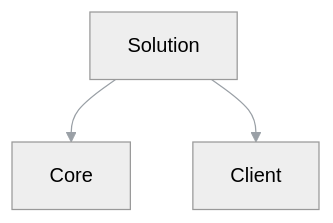
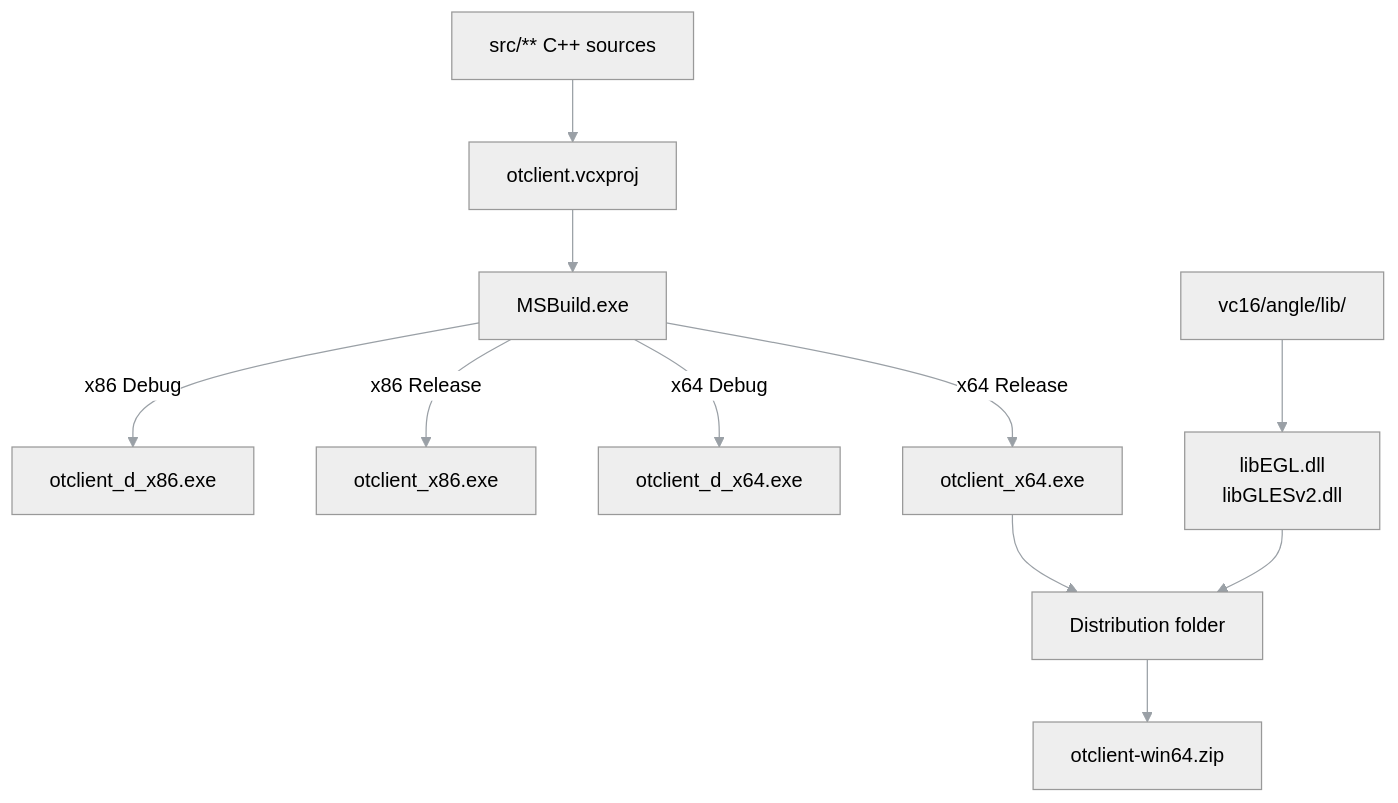
The first of 3 diagrams in docs/authoring/15_vc16/index.md (lukaszj321/otcv8-dev), drawn with Mermaid before and after one commit. The commit also changed other lines of this file and 4 other files, not shown here.

````diff
--- a/docs/authoring/15_vc16/index.md
+++ b/docs/authoring/15_vc16/index.md
@@ -37,7 +53,23 @@
 ```{mermaid}
 %%{init: { 'theme': 'neutral', 'themeVariables': { 'primaryTextColor': '#ddd', 'lineColor': '#9aa0a6' } }}%%
-graph TD
-    Sln[Solution] --> Core[Core]
-    Sln --> Client[Client]
-    click Core "./index.html#facet-15_vc16.projects" "Open projects dataset"
+flowchart TD
+    SRC[src/** C++ sources]
+    VCXPROJ[otclient.vcxproj]
+    MSBUILD[MSBuild.exe]
+    
+    SRC --> VCXPROJ
+    VCXPROJ --> MSBUILD
+    
+    MSBUILD -->|x86 Debug| D32[otclient_d_x86.exe]
+    MSBUILD -->|x86 Release| R32[otclient_x86.exe]
+    MSBUILD -->|x64 Debug| D64[otclient_d_x64.exe]
+    MSBUILD -->|x64 Release| R64[otclient_x64.exe]
+    
+    ANGLE[vc16/angle/lib/]
+    ANGLE --> LIBGL[libEGL.dll<br/>libGLESv2.dll]
+    
+    LIBGL --> DIST[Distribution folder]
+    R64 --> DIST
+    
+    DIST --> ZIP[otclient-win64.zip]
 ```
````
